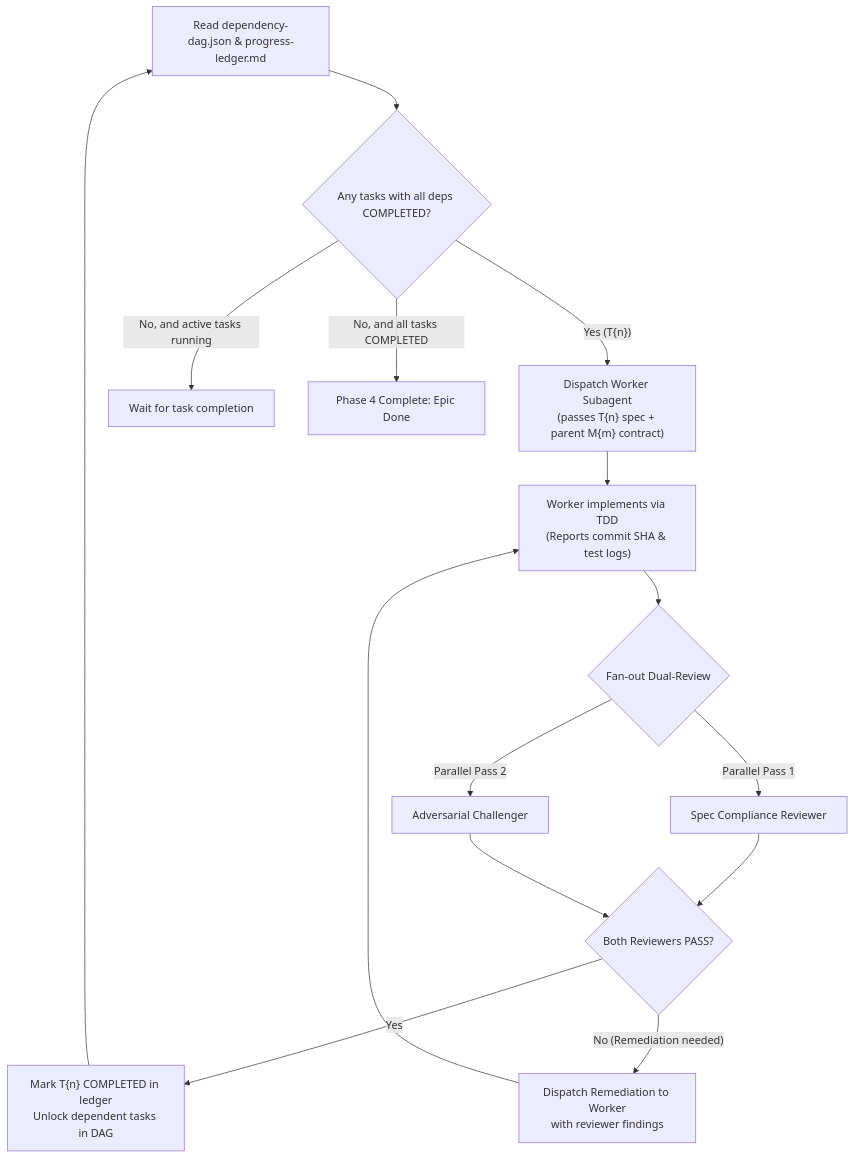
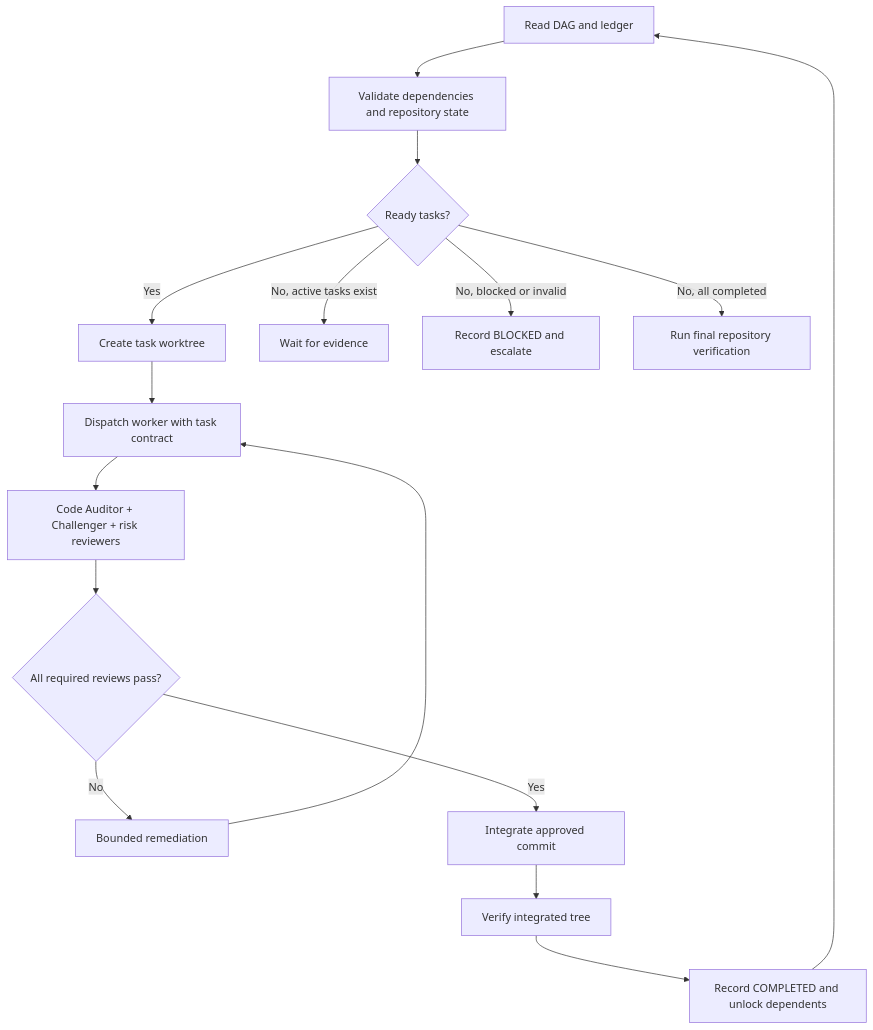
The diagram in skills/deep-plan/references/swarm-execution.md (SirRyou/project-management), drawn with Mermaid before and after one commit. The commit also changed other lines of this file and 19 other files, not shown here.

Commit message:
feat(deep-plan): harden planning and swarm flow

````diff
--- a/skills/deep-plan/references/swarm-execution.md
+++ b/skills/deep-plan/references/swarm-execution.md
@@ -10,22 +7,18 @@
 ```mermaid
 flowchart TD
-    DAG["Read dependency-dag.json & progress-ledger.md"] --> FindReady{"Any tasks with all deps COMPLETED?"}
-    
-    FindReady -->|"Yes (T{n})"| Dispatch["Dispatch Worker Subagent\n(passes T{n} spec + parent M{m} contract)"]
-    FindReady -->|"No, and active tasks running"| Wait["Wait for task completion"]
-    FindReady -->|"No, and all tasks COMPLETED"| Complete["Phase 4 Complete: Epic Done"]
-
-    Dispatch --> WorkerExec["Worker implements via TDD\n(Reports commit SHA & test logs)"]
-    WorkerExec --> FanOut{"Fan-out Dual-Review"}
-
-    FanOut -->|"Parallel Pass 1"| Spec["Spec Compliance Reviewer"]
-    FanOut -->|"Parallel Pass 2"| Challenger["Adversarial Challenger"]
-
-    Spec & Challenger --> Evaluate{"Both Reviewers PASS?"}
-
-    Evaluate -->|"Yes"| MarkDone["Mark T{n} COMPLETED in ledger\nUnlock dependent tasks in DAG"]
-    MarkDone --> DAG
-
-    Evaluate -->|"No (Remediation needed)"| Remediate["Dispatch Remediation to Worker\nwith reviewer findings"]
-    Remediate --> WorkerExec
+    Read["Read DAG and ledger"] --> Validate["Validate dependencies and repository state"]
+    Validate --> Ready{"Ready tasks?"}
+    Ready -->|"Yes"| Isolate["Create task worktree"]
+    Isolate --> Worker["Dispatch worker with task contract"]
+    Worker --> Review["Code Auditor + Challenger + risk reviewers"]
+    Review --> Verdict{"All required reviews pass?"}
+    Verdict -->|"No"| Remediate["Bounded remediation"]
+    Remediate --> Worker
+    Verdict -->|"Yes"| Integrate["Integrate approved commit"]
+    Integrate --> Verify["Verify integrated tree"]
+    Verify --> Complete["Record COMPLETED and unlock dependents"]
+    Complete --> Read
+    Ready -->|"No, active tasks exist"| Wait["Wait for evidence"]
+    Ready -->|"No, blocked or invalid"| Block["Record BLOCKED and escalate"]
+    Ready -->|"No, all completed"| Final["Run final repository verification"]
 ```
````
